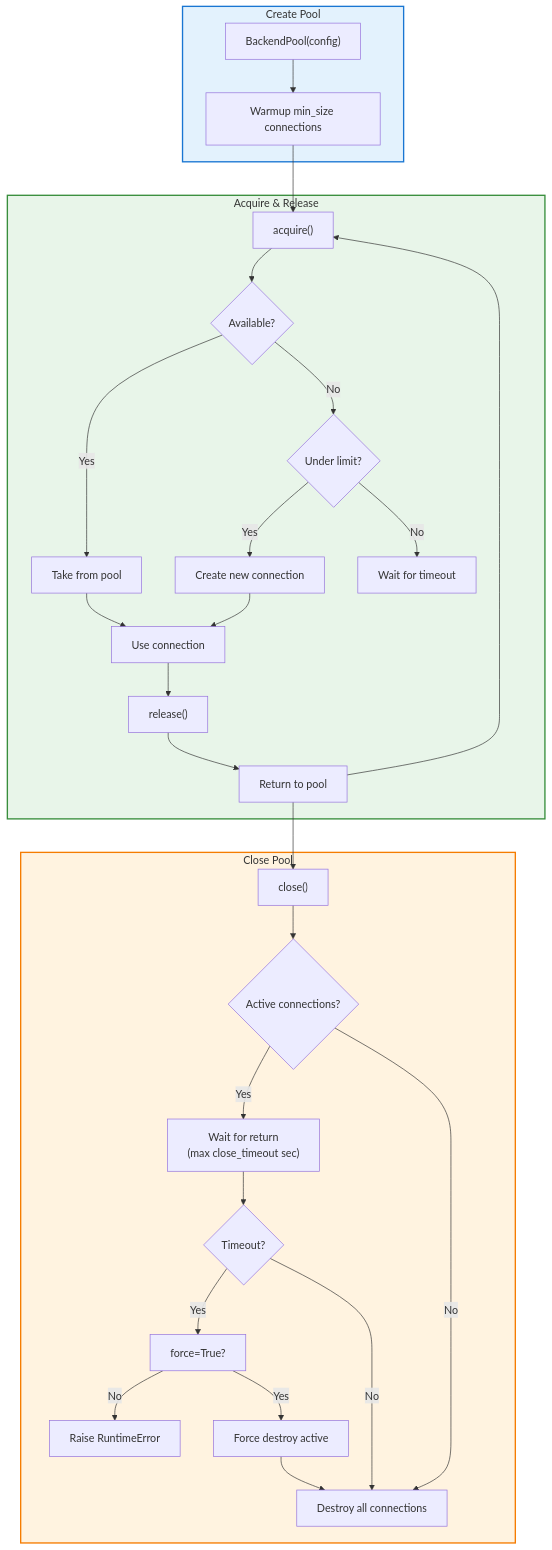
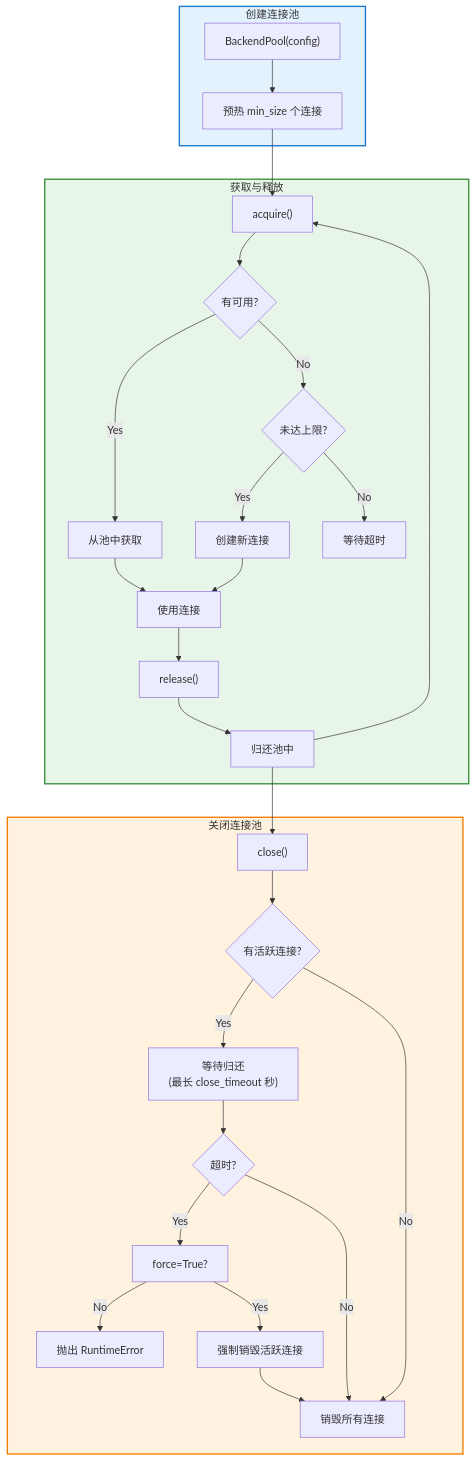
Before and after one commit to rhosocial/python-activerecord: the first of 4 diagrams in docs/zh_CN/connection/connection_pool.md, drawn with Mermaid. The commit also changed other lines of this file and 2 other files, not shown here.

````diff
--- a/docs/zh_CN/connection/connection_pool.md
+++ b/docs/zh_CN/connection/connection_pool.md
@@ -18,59 +18,59 @@
 ```mermaid
 flowchart TB
-    subgraph PoolCreation["Create Pool"]
+    subgraph PoolCreation["创建连接池"]
         A1["BackendPool(config)"]
-        A2["Warmup min_size connections"]
+        A2["预热 min_size 个连接"]
         A1 --> A2
     end
 
-    subgraph AcquireRelease["Acquire & Release"]
+    subgraph AcquireRelease["获取与释放"]
         B1["acquire()"]
-        B2{"Available?"}
-        B3["Take from pool"]
-        B4{"Under limit?"}
-        B5["Create new connection"]
-        B6["Wait for timeout"]
-        B7["Use connection"]
+        B2{"有可用?"}
+        B3["从池中获取"]
+        B4{"未达上限?"}
+        B5["创建新连接"]
+        B6["等待超时"]
+        B7["使用连接"]
         B8["release()"]
-        B9["Return to pool"]
+        B9["归还池中"]
 
         B1 --> B2
         B2 -->|Yes| B3
         B2 -->|No| B4
         B4 -->|Yes| B5
         B4 -->|No| B6
         B3 --> B7
         B5 --> B7
         B7 --> B8
         B8 --> B9
     end
 
-    subgraph Close["Close Pool"]
+    subgraph Close["关闭连接池"]
         C1["close()"]
-        C2{"Active connections?"}
-        C3["Wait for return<br/>(max close_timeout sec)"]
-        C4{"Timeout?"}
-        C5["Raise RuntimeError"]
-        C6["Destroy all connections"]
+        C2{"有活跃连接?"}
+        C3["等待归还<br/>(最长 close_timeout 秒)"]
+        C4{"超时?"}
+        C5["抛出 RuntimeError"]
+        C6["销毁所有连接"]
         C7["force=True?"]
-        C8["Force destroy active"]
+        C8["强制销毁活跃连接"]
 
         C1 --> C2
         C2 -->|Yes| C3
         C2 -->|No| C6
         C3 --> C4
         C4 -->|Yes| C7
         C4 -->|No| C6
         C7 -->|No| C5
         C7 -->|Yes| C8
         C8 --> C6
     end
 
     A2 --> B1
     B9 --> B1
     B9 --> C1
 
     style PoolCreation fill:#e3f2fd,stroke:#1976d2,stroke-width:2px
     style AcquireRelease fill:#e8f5e9,stroke:#388e3c,stroke-width:2px
     style Close fill:#fff3e0,stroke:#f57c00,stroke-width:2px
 ```
````
